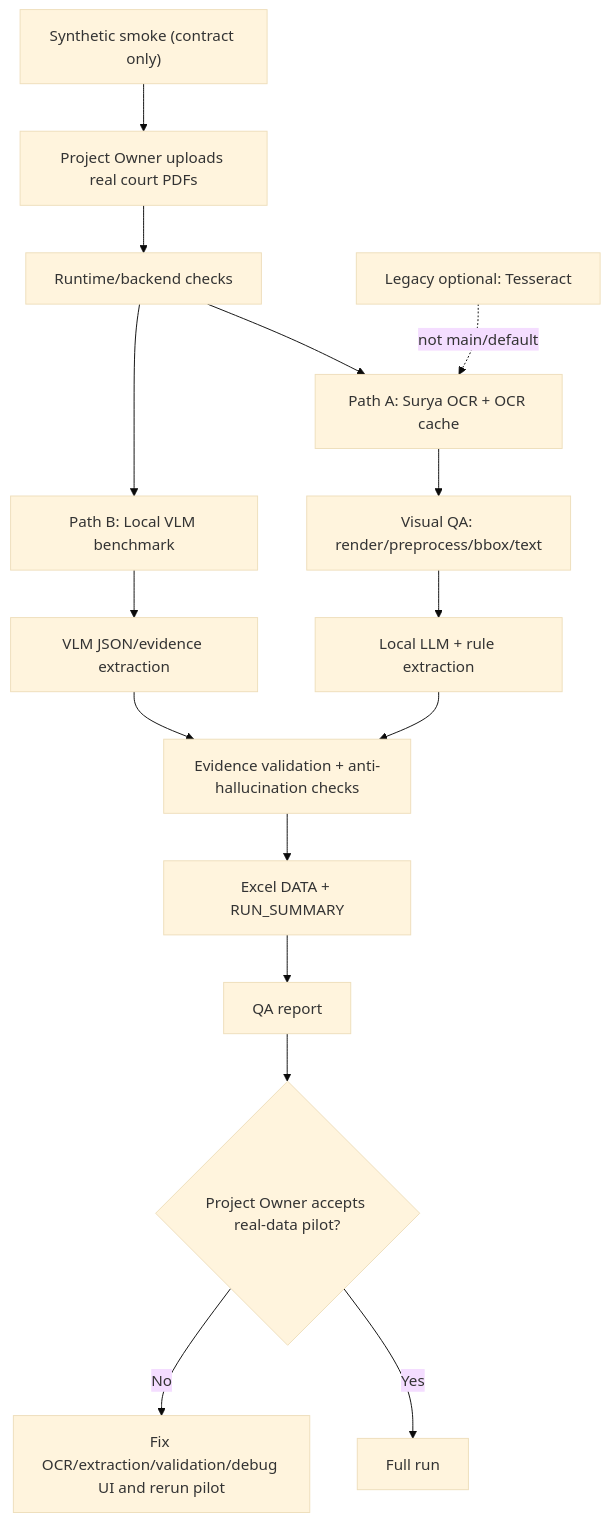
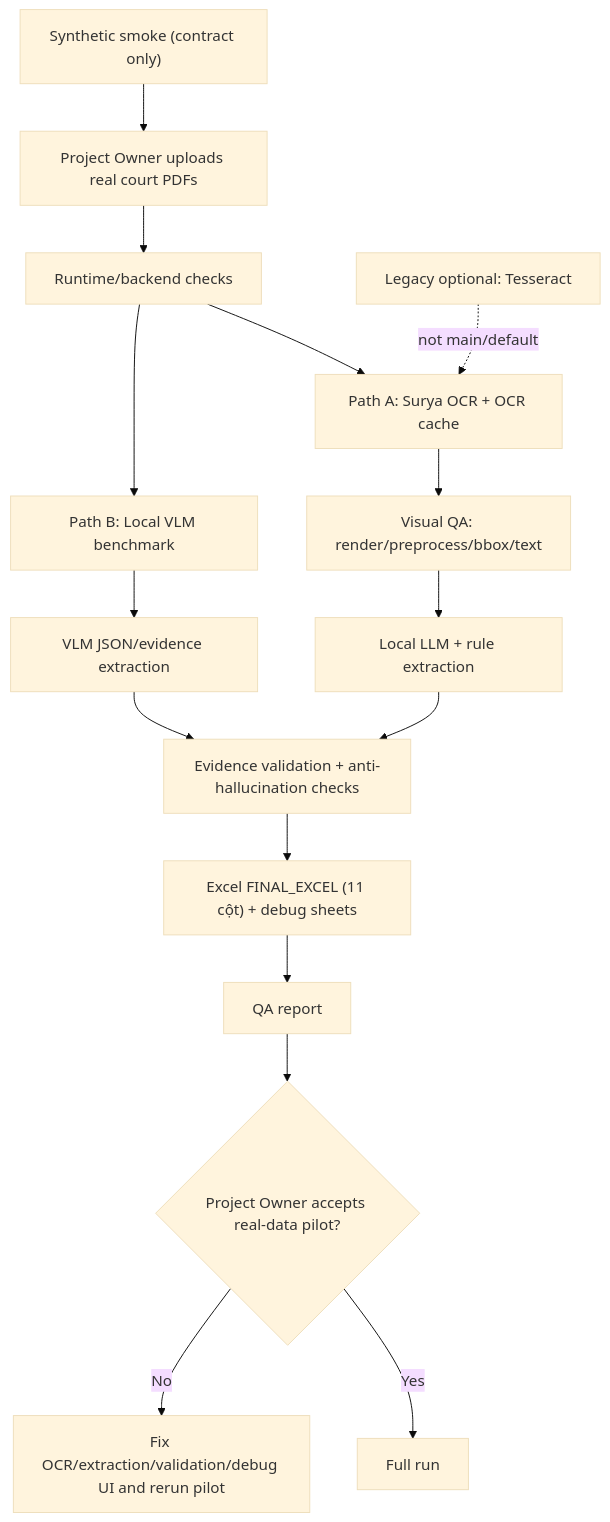
The diagram in docs/workflow.md (minhnguyen19113-bot/court-ocr-extract), drawn with Mermaid (base theme) before and after one commit. The commit also changed 35 other files, not shown here.

Commit message:
Realign extraction output to final Excel schema

````diff
--- a/docs/workflow.md
+++ b/docs/workflow.md
@@ -3,18 +3,18 @@
 ```mermaid
 flowchart TD
     S["Synthetic smoke (contract only)"] --> A["Project Owner uploads real court PDFs"]
     A --> B["Runtime/backend checks"]
     B --> C1["Path A: Surya OCR + OCR cache"]
     B --> C2["Path B: Local VLM benchmark"]
     C1 --> D1["Visual QA: render/preprocess/bbox/text"]
     D1 --> E1["Local LLM + rule extraction"]
     C2 --> E2["VLM JSON/evidence extraction"]
     E1 --> F["Evidence validation + anti-hallucination checks"]
     E2 --> F
-    F --> G["Excel DATA + RUN_SUMMARY"]
+    F --> G["Excel FINAL_EXCEL (11 cột) + debug sheets"]
     G --> H["QA report"]
     H --> I{"Project Owner accepts real-data pilot?"}
     I -->|Yes| J["Full run"]
     I -->|No| K["Fix OCR/extraction/validation/debug UI and rerun pilot"]
     L["Legacy optional: Tesseract"] -. "not main/default" .-> C1
 ```
````
